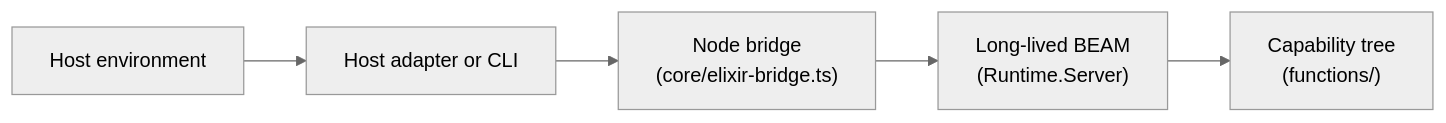
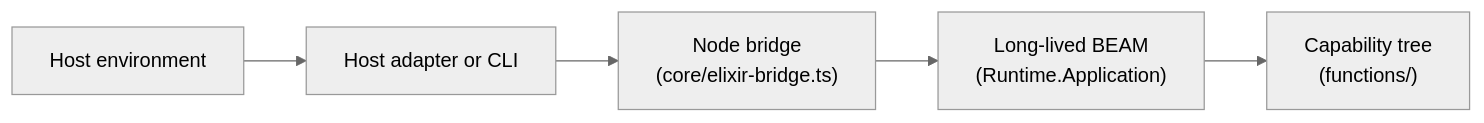
Before and after one commit to 0x1d/crucible: the first of 3 diagrams in docs/concepts/architecture.md, drawn with Mermaid (neutral theme). The commit also changed 7 other files, not shown here.

````diff
--- a/docs/concepts/architecture.md
+++ b/docs/concepts/architecture.md
@@ -10,13 +10,13 @@
 ```mermaid
 flowchart LR
   Host["Host environment"]
   Adapter["Host adapter or CLI"]
   Bridge["Node bridge\n(core/elixir-bridge.ts)"]
-  Beam["Long-lived BEAM\n(Runtime.Server)"]
+  Beam["Long-lived BEAM\n(Runtime.Application)"]
   Tree["Capability tree\n(functions/)"]
 
   Host --> Adapter
   Adapter --> Bridge
   Bridge --> Beam
   Beam --> Tree
 ```
````
